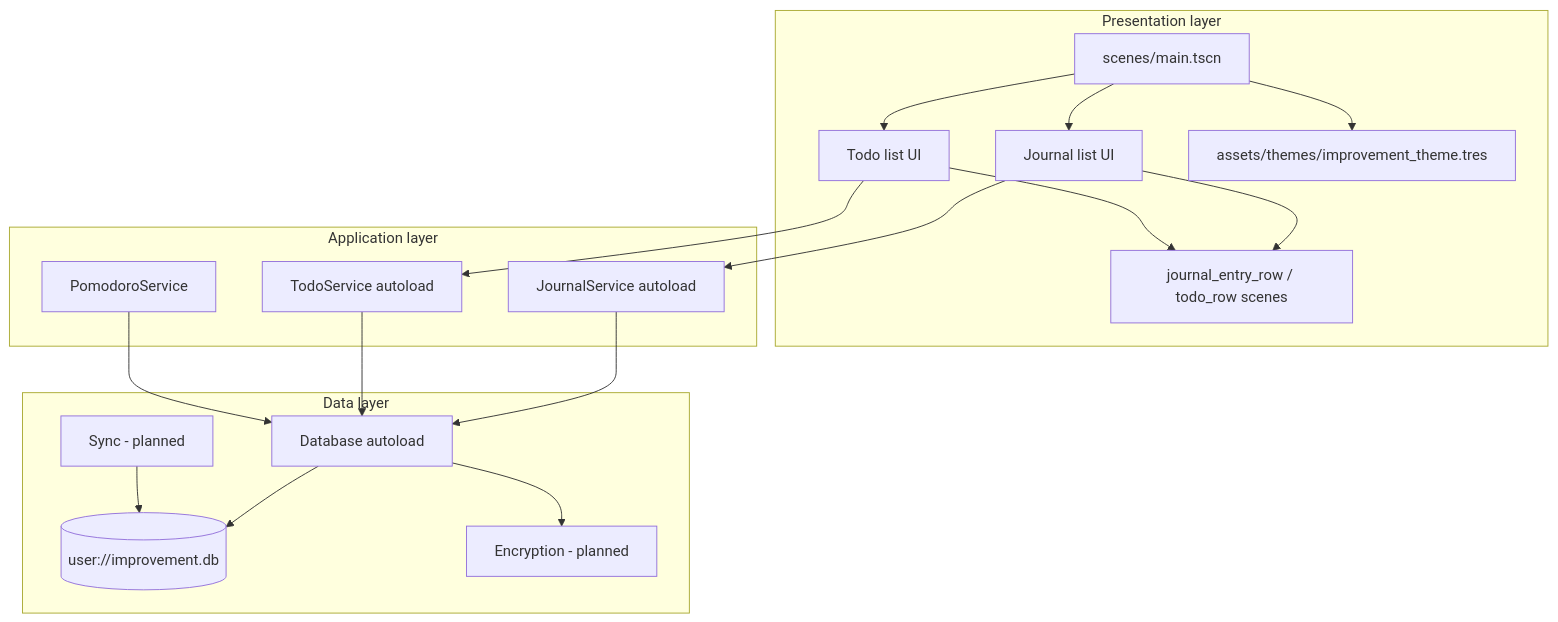
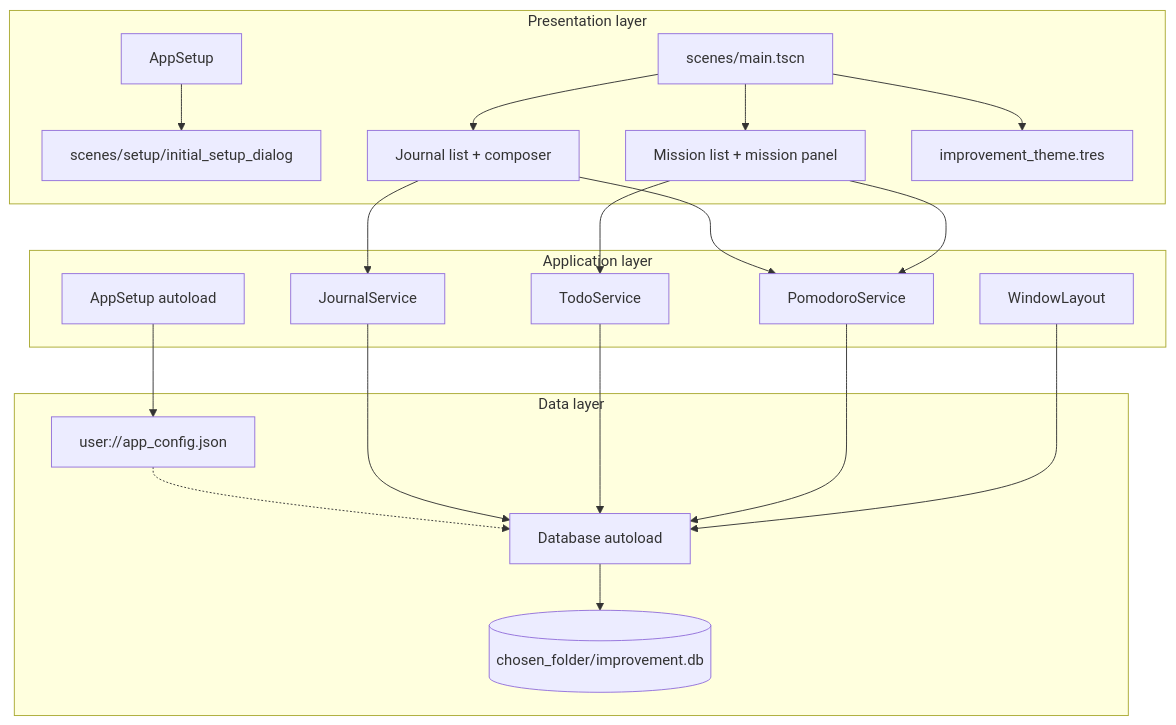
Before and after one commit to dgraham-io/improvement: the diagram in docs/architecture.md, drawn with Mermaid. The commit also changed other lines of this file and 3 other files, not shown here.

````diff
--- a/docs/architecture.md
+++ b/docs/architecture.md
@@ -27,37 +27,40 @@
 ```mermaid
 flowchart TB
   subgraph presentation [Presentation layer]
 	Main[scenes/main.tscn]
-	JournalUI[Journal list UI]
-	TodoUI[Todo list UI]
-	Theme[assets/themes/improvement_theme.tres]
-	RowScenes[journal_entry_row / todo_row scenes]
+	Setup[scenes/setup/initial_setup_dialog]
+	JournalUI[Journal list + composer]
+	TodoUI[Mission list + mission panel]
+	Theme[improvement_theme.tres]
 	Main --> JournalUI
 	Main --> TodoUI
 	Main --> Theme
-	JournalUI --> RowScenes
-	TodoUI --> RowScenes
+	AppSetup --> Setup
   end
 
   subgraph application [Application layer]
-	JournalSvc[JournalService autoload]
-	TodoSvc[TodoService autoload]
+	AppSetupSvc[AppSetup autoload]
+	JournalSvc[JournalService]
+	TodoSvc[TodoService]
 	TimerSvc[PomodoroService]
+	WinLayout[WindowLayout]
   end
 
   subgraph data [Data layer]
+	AppConfig[user://app_config.json]
 	DbAutoload[Database autoload]
-	SQLite[(user://improvement.db)]
-	Crypto[Encryption - planned]
-	Sync[Sync - planned]
+	SQLite[(chosen_folder/improvement.db)]
 	DbAutoload --> SQLite
-	DbAutoload --> Crypto
-	Sync --> SQLite
+	AppConfig -.-> DbAutoload
   end
 
   JournalUI --> JournalSvc
   TodoUI --> TodoSvc
+  JournalUI --> TimerSvc
+  TodoUI --> TimerSvc
   JournalSvc --> DbAutoload
   TodoSvc --> DbAutoload
   TimerSvc --> DbAutoload
+  WinLayout --> DbAutoload
+  AppSetupSvc --> AppConfig
 ```
````
